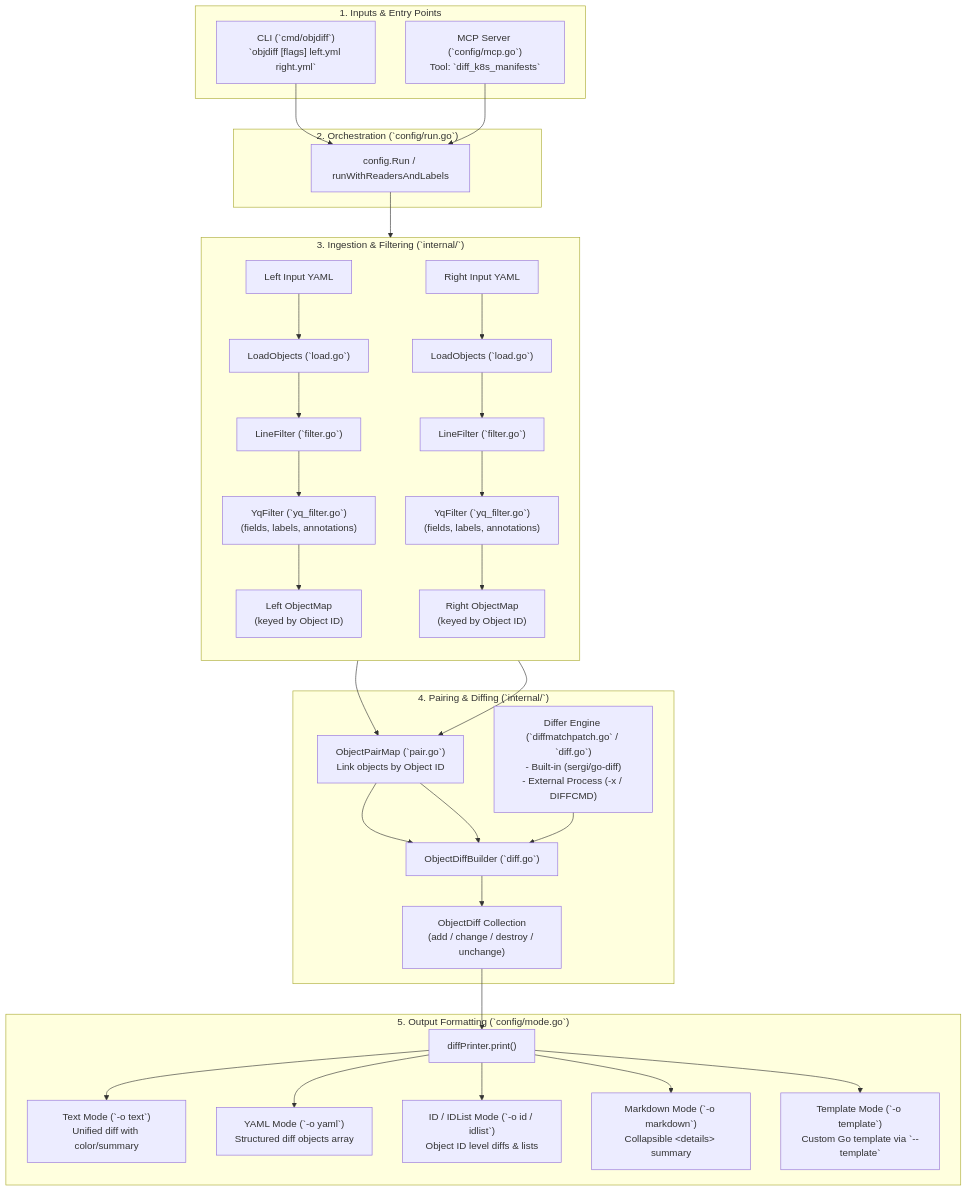
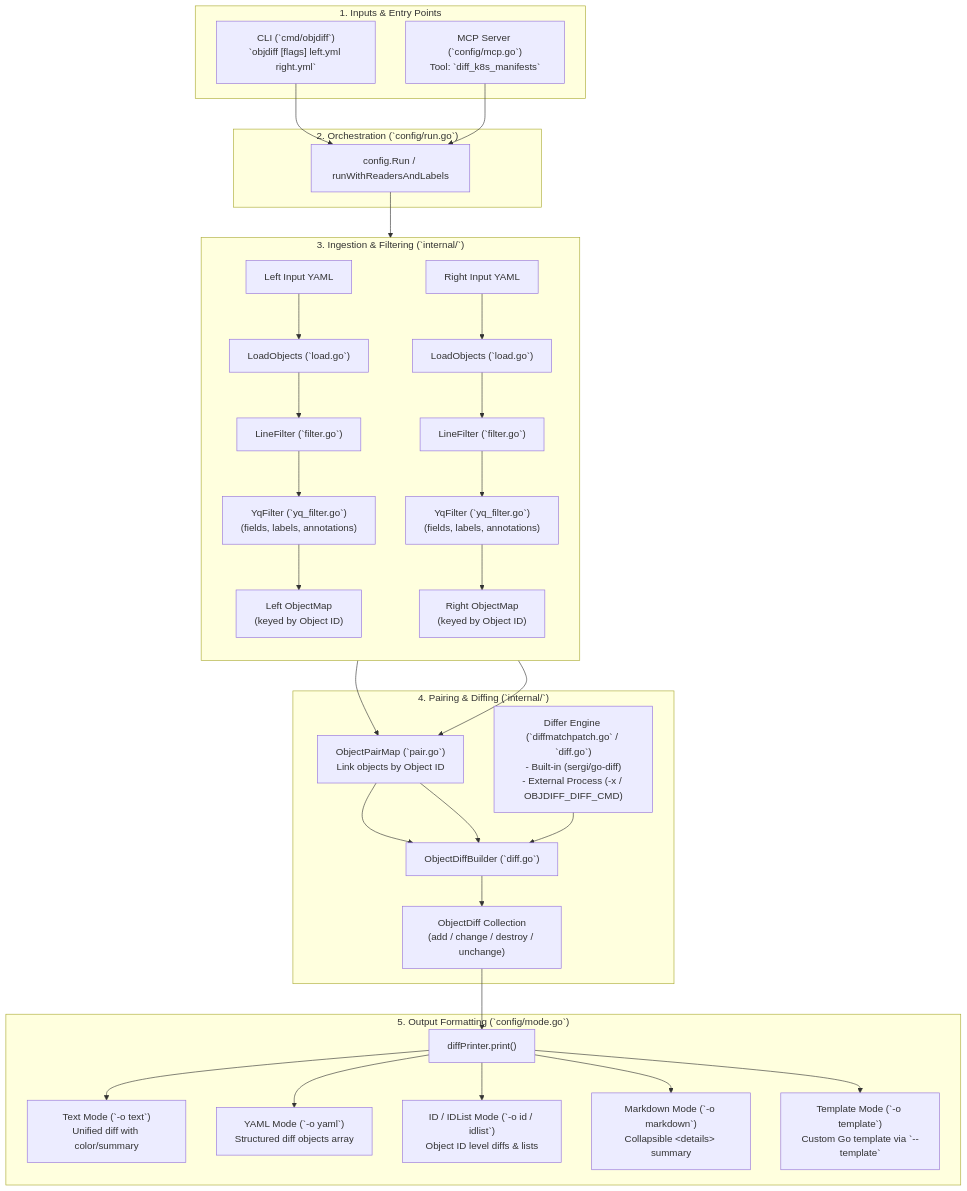
The first of 2 diagrams in AGENTS.md (berquerant/k8s-object-diff-go), drawn with Mermaid before and after one commit. The commit also changed other lines of this file and 5 other files, not shown here.

````diff
--- a/AGENTS.md
+++ b/AGENTS.md
@@ -62,63 +62,63 @@
 ```mermaid
 flowchart TD
     subgraph Inputs["1. Inputs & Entry Points"]
         CLI["CLI (`cmd/objdiff`)<br/>`objdiff [flags] left.yml right.yml`"]
         MCP["MCP Server (`config/mcp.go`)<br/>Tool: `diff_k8s_manifests`"]
     end
 
     subgraph Config["2. Orchestration (`config/run.go`)"]
         Runner["config.Run / runWithReadersAndLabels"]
     end
 
     subgraph Pipeline["3. Ingestion & Filtering (`internal/`)"]
         direction TB
         LIn["Left Input YAML"] --> LLoad["LoadObjects (`load.go`)"]
         RIn["Right Input YAML"] --> RLoad["LoadObjects (`load.go`)"]
         
         LLoad --> LLine["LineFilter (`filter.go`)"]
         RLoad --> RLine["LineFilter (`filter.go`)"]
         
         LLine --> LYq["YqFilter (`yq_filter.go`)<br/>(fields, labels, annotations)"]
         RLine --> RYq["YqFilter (`yq_filter.go`)<br/>(fields, labels, annotations)"]
         
         LYq --> LMap["Left ObjectMap<br/>(keyed by Object ID)"]
         RYq --> RMap["Right ObjectMap<br/>(keyed by Object ID)"]
     end
 
     subgraph Pairing["4. Pairing & Diffing (`internal/`)"]
         PairMap["ObjectPairMap (`pair.go`)<br/>Link objects by Object ID"]
         LMap --> PairMap
         RMap --> PairMap
         
         DiffBuilder["ObjectDiffBuilder (`diff.go`)"]
         PairMap --> DiffBuilder
         
-        DifferEngine["Differ Engine (`diffmatchpatch.go` / `diff.go`)<br/>- Built-in (sergi/go-diff)<br/>- External Process (-x / DIFFCMD)"]
+        DifferEngine["Differ Engine (`diffmatchpatch.go` / `diff.go`)<br/>- Built-in (sergi/go-diff)<br/>- External Process (-x / OBJDIFF_DIFF_CMD)"]
         DifferEngine --> DiffBuilder
         
         DiffResults["ObjectDiff Collection<br/>(add / change / destroy / unchange)"]
         DiffBuilder --> DiffResults
     end
 
     subgraph Rendering["5. Output Formatting (`config/mode.go`)"]
         Printer["diffPrinter.print()"]
         DiffResults --> Printer
         
         OutText["Text Mode (`-o text`)<br/>Unified diff with color/summary"]
         OutYAML["YAML Mode (`-o yaml`)<br/>Structured diff objects array"]
         OutID["ID / IDList Mode (`-o id / idlist`)<br/>Object ID level diffs & lists"]
         OutMD["Markdown Mode (`-o markdown`)<br/>Collapsible &lt;details&gt; summary"]
         OutTemplate["Template Mode (`-o template`)<br/>Custom Go template via `--template`"]
         
         Printer --> OutText
         Printer --> OutYAML
         Printer --> OutID
         Printer --> OutMD
         Printer --> OutTemplate
     end
 
     CLI --> Runner
     MCP --> Runner
     Runner --> Pipeline
     PairMap --> DiffBuilder
 ```
````
